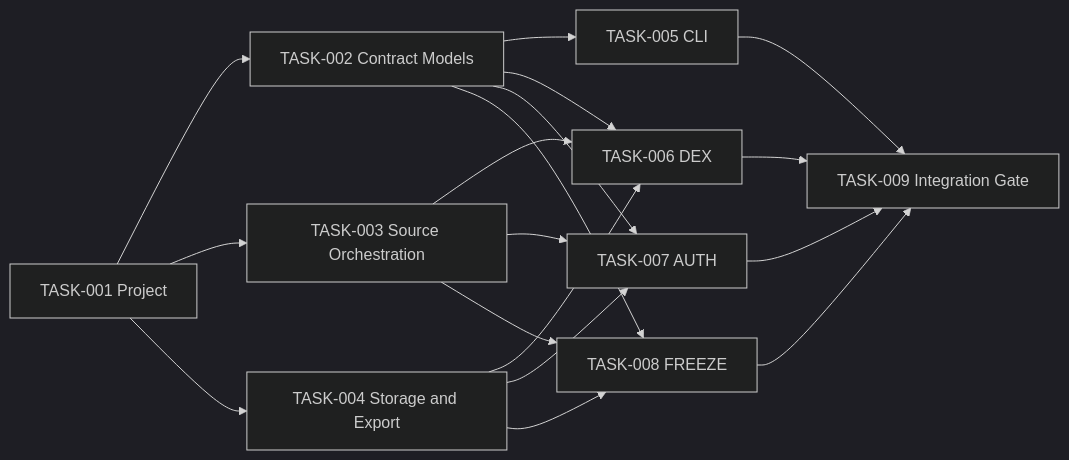
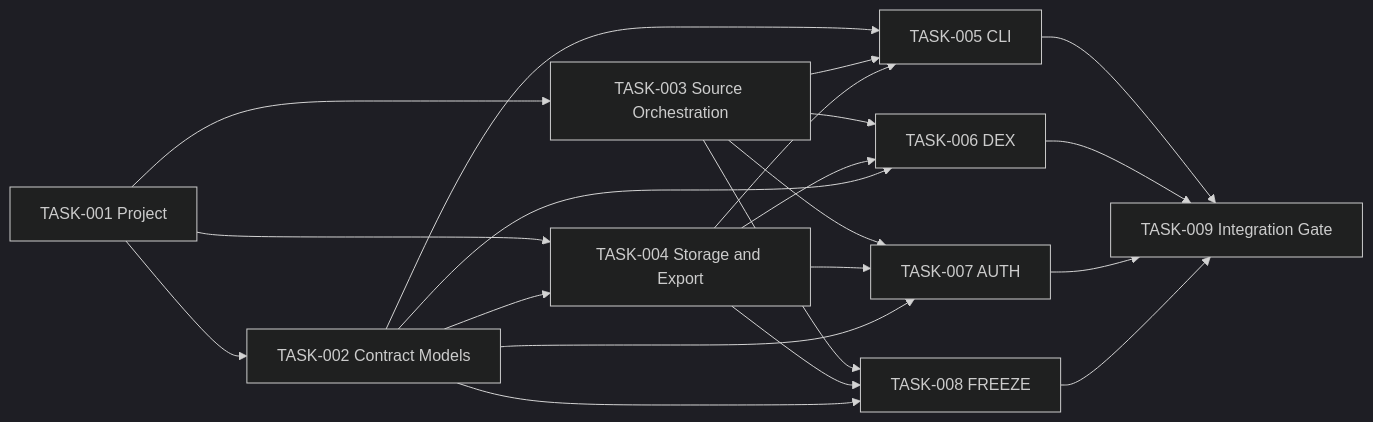
One commit to azerckid/SCAN changed the diagram in docs/04_Logic_Progress/00_BACKLOG.md. Above: the diagram before and after it, drawn with Mermaid (dark theme). The commit also changed other lines of this file and 1 other file, not shown here.

````diff
--- a/docs/04_Logic_Progress/00_BACKLOG.md
+++ b/docs/04_Logic_Progress/00_BACKLOG.md
@@ -50,20 +50,23 @@
 ```mermaid
 flowchart LR
     T1["TASK-001 Project"] --> T2["TASK-002 Contract Models"]
     T1 --> T3["TASK-003 Source Orchestration"]
     T1 --> T4["TASK-004 Storage and Export"]
+    T2 --> T4
     T2 --> T5["TASK-005 CLI"]
+    T3 --> T5
+    T4 --> T5
     T3 --> T6["TASK-006 DEX"]
     T4 --> T6
     T2 --> T6
     T3 --> T7["TASK-007 AUTH"]
     T4 --> T7
     T2 --> T7
     T3 --> T8["TASK-008 FREEZE"]
     T4 --> T8
     T2 --> T8
     T5 --> T9["TASK-009 Integration Gate"]
     T6 --> T9
     T7 --> T9
     T8 --> T9
 ```
````
